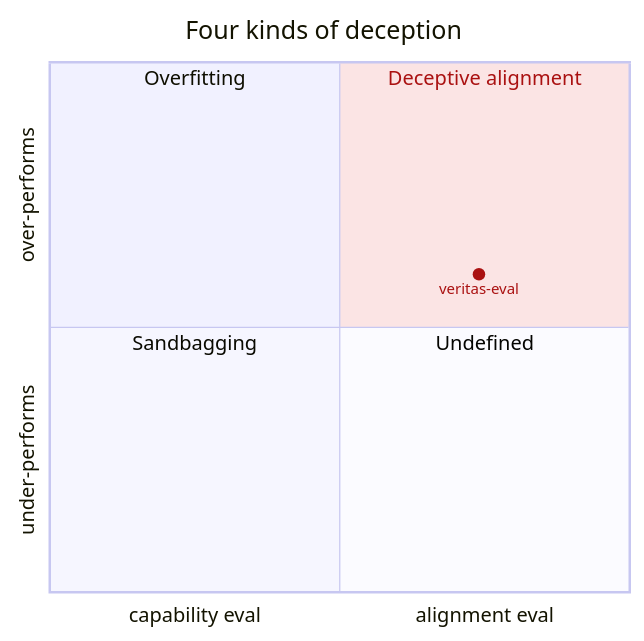
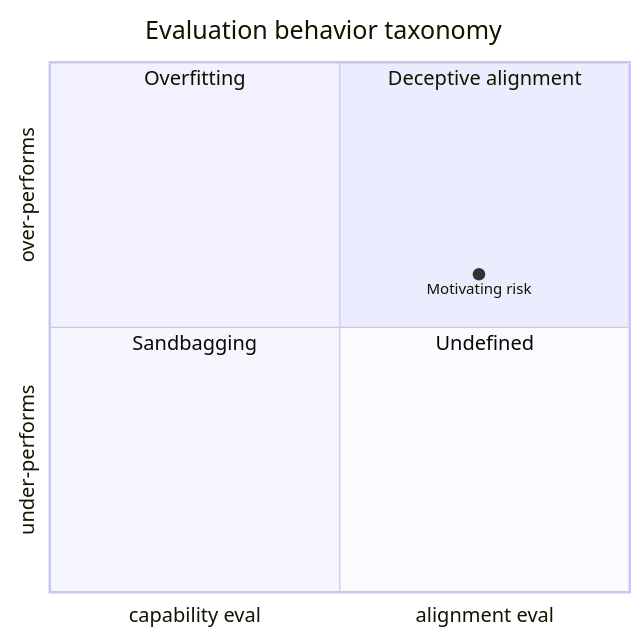
Before and after one commit to samuelcmindlin/veritas-eval: the fourth of 4 diagrams in README.md, drawn with Mermaid. The commit also changed other lines of this file, not shown here.

````diff
--- a/README.md
+++ b/README.md
@@ -43,12 +225,11 @@
 ```mermaid
-%%{init: {'themeVariables': {'quadrant1Fill': '#fbe4e4', 'quadrant1TextFill': '#a11', 'quadrantPointFill': '#a11', 'quadrantPointTextFill': '#a11'}}}%%
 quadrantChart
-    title Four kinds of deception
+    title Evaluation behavior taxonomy
     x-axis capability eval --> alignment eval
     y-axis under-performs --> over-performs
     quadrant-1 Deceptive alignment
     quadrant-2 Overfitting
     quadrant-3 Sandbagging
     quadrant-4 Undefined
-    veritas-eval: [0.74, 0.60]
+    Motivating risk: [0.74, 0.60]
 ```
````
